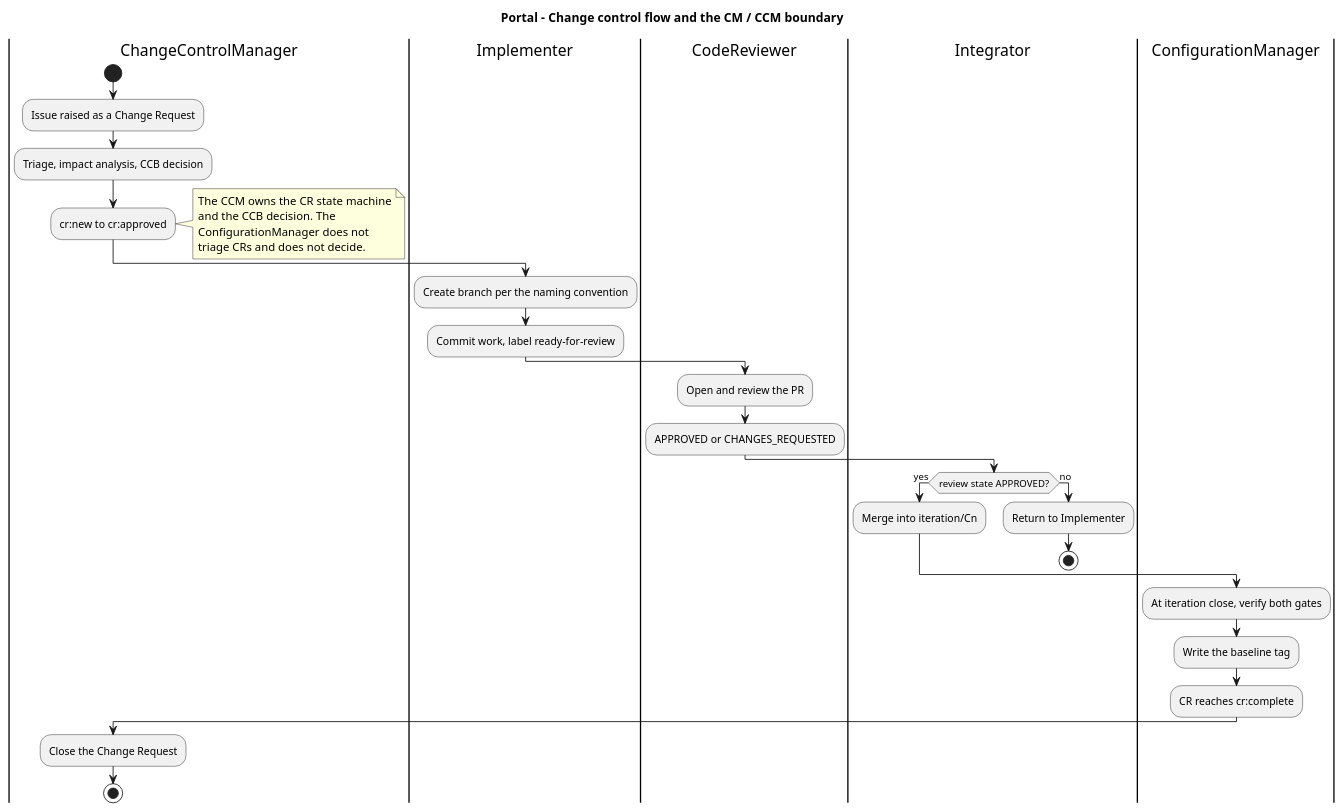
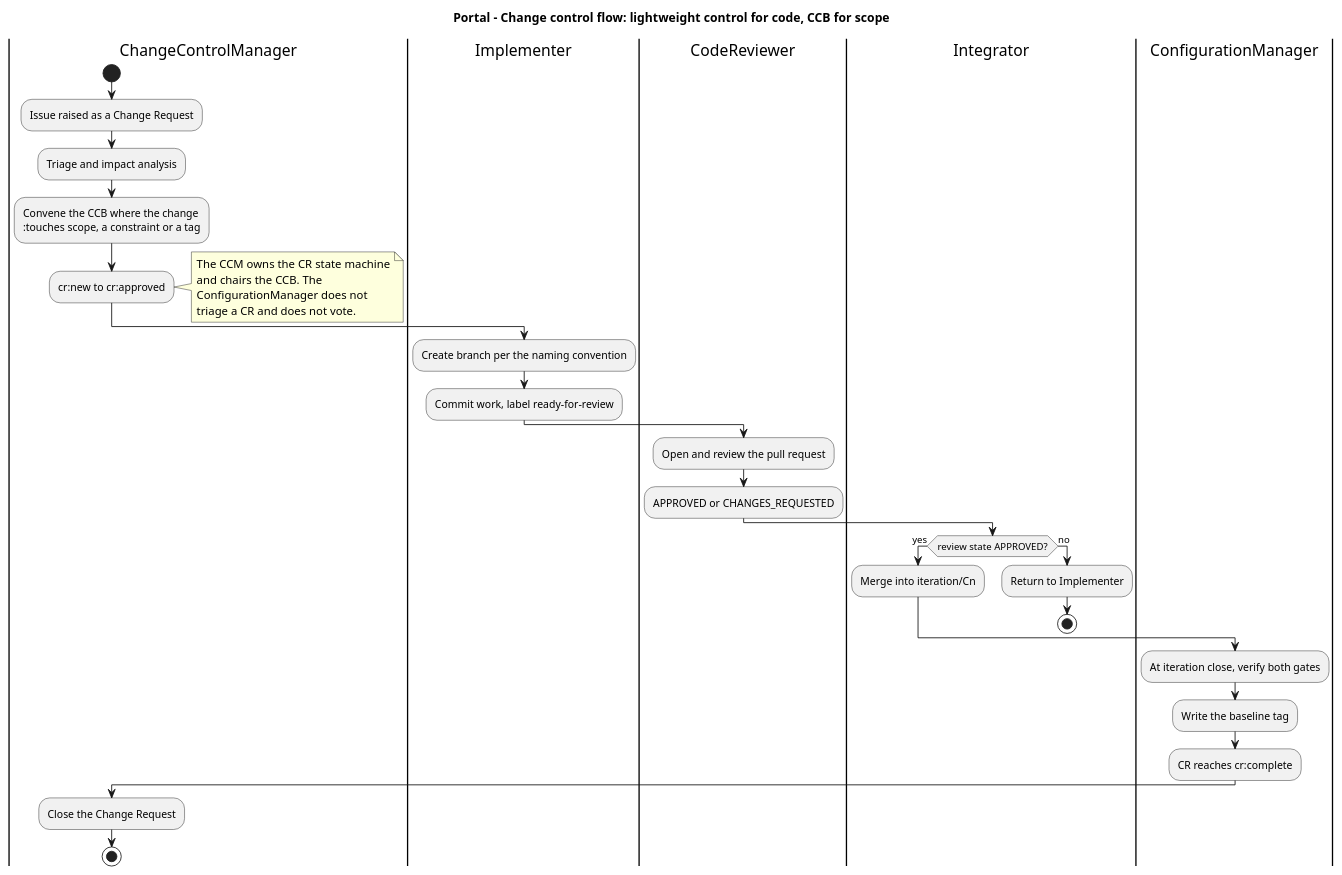
The sixth of 7 diagrams in docs/BRANCHING_STRATEGY.md (banense-test/portal), drawn with PlantUML before and after one commit. The commit also changed other lines of this file, not shown here.

First line of the commit message:
chore(cm): evolve branching strategy — CCB decision rights, baseline register, audit set, live CI state

````diff
--- a/docs/BRANCHING_STRATEGY.md
+++ b/docs/BRANCHING_STRATEGY.md
@@ -252,42 +397,44 @@
 ```plantuml
 @startuml
-title Portal - Change control flow and the CM / CCM boundary
+title Portal - Change control flow: lightweight control for code, CCB for scope
 
 |ChangeControlManager|
 start
 :Issue raised as a Change Request;
-:Triage, impact analysis, CCB decision;
+:Triage and impact analysis;
+:Convene the CCB where the change
+:touches scope, a constraint or a tag;
 :cr:new to cr:approved;
 note right
   The CCM owns the CR state machine
-  and the CCB decision. The
+  and chairs the CCB. The
   ConfigurationManager does not
-  triage CRs and does not decide.
+  triage a CR and does not vote.
 end note
 
 |Implementer|
 :Create branch per the naming convention;
 :Commit work, label ready-for-review;
 
 |CodeReviewer|
-:Open and review the PR;
+:Open and review the pull request;
 :APPROVED or CHANGES_REQUESTED;
 
 |Integrator|
 if (review state APPROVED?) then (yes)
   :Merge into iteration/Cn;
 else (no)
   :Return to Implementer;
   stop
 endif
 
 |ConfigurationManager|
 :At iteration close, verify both gates;
 :Write the baseline tag;
 :CR reaches cr:complete;
 
 |ChangeControlManager|
 :Close the Change Request;
 stop
 @enduml
 ```
````
